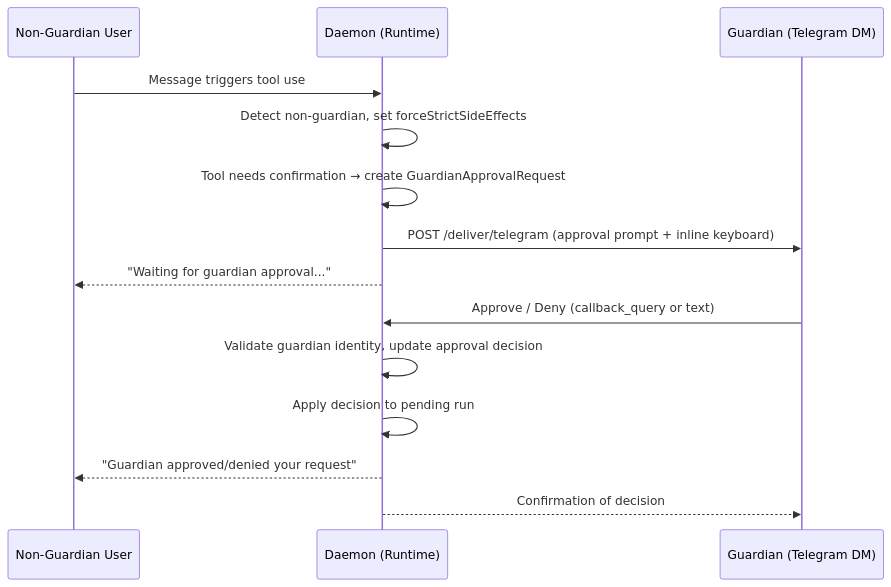
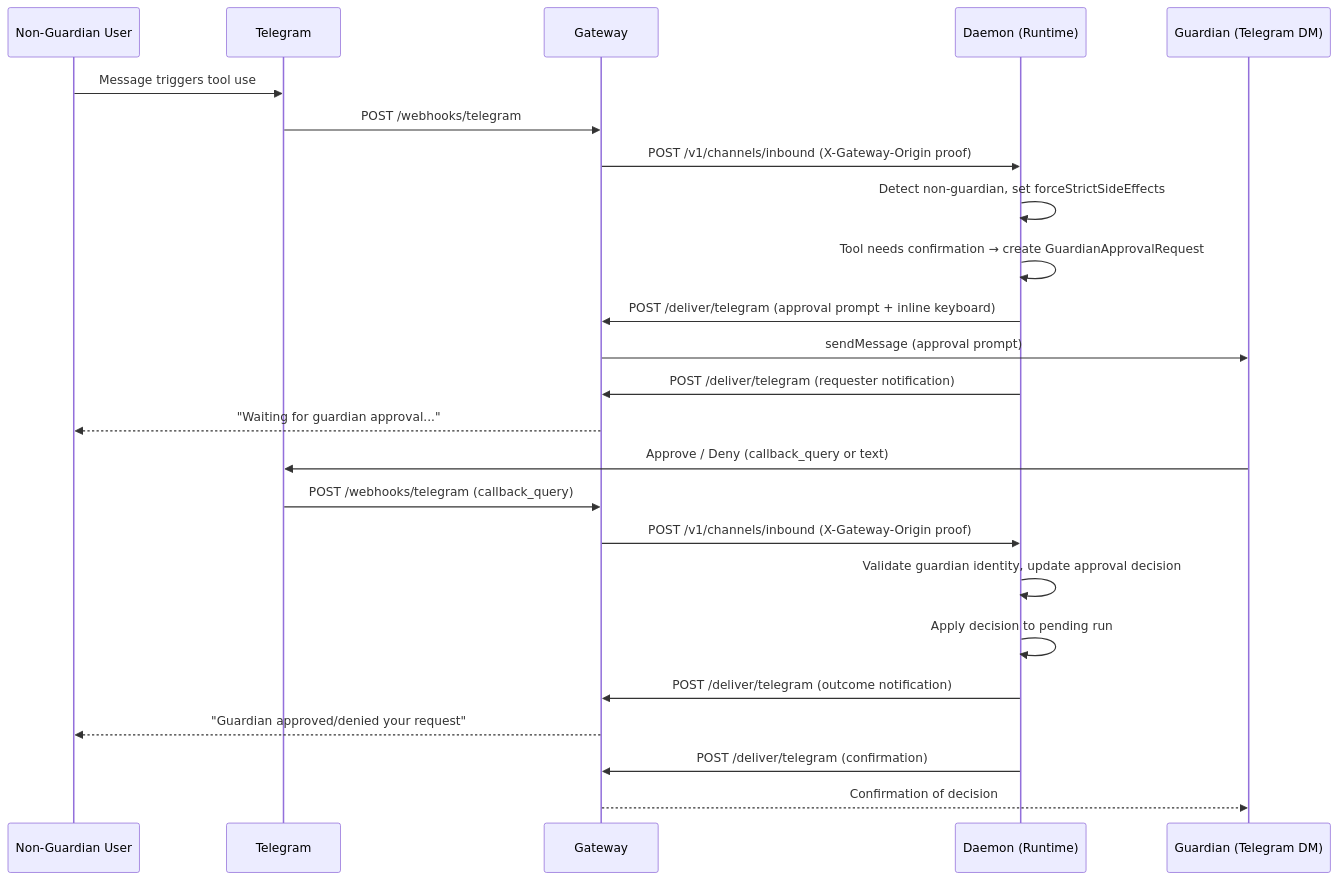
Diagram 48 of 51 in ARCHITECTURE.md (vellum-ai/vellum-assistant), drawn with Mermaid before and after one commit. The commit also changed other lines of this file and 6 other files, not shown here.

````diff
--- a/ARCHITECTURE.md
+++ b/ARCHITECTURE.md
@@ -3657,17 +3662,27 @@
 ```mermaid
 sequenceDiagram
     participant NG as Non-Guardian User
+    participant TG as Telegram
+    participant GW as Gateway
     participant Daemon as Daemon (Runtime)
     participant Guardian as Guardian (Telegram DM)
 
-    NG->>Daemon: Message triggers tool use
+    NG->>TG: Message triggers tool use
+    TG->>GW: POST /webhooks/telegram
+    GW->>Daemon: POST /v1/channels/inbound (X-Gateway-Origin proof)
     Daemon->>Daemon: Detect non-guardian, set forceStrictSideEffects
     Daemon->>Daemon: Tool needs confirmation → create GuardianApprovalRequest
-    Daemon->>Guardian: POST /deliver/telegram (approval prompt + inline keyboard)
-    Daemon-->>NG: "Waiting for guardian approval..."
-    Guardian->>Daemon: Approve / Deny (callback_query or text)
+    Daemon->>GW: POST /deliver/telegram (approval prompt + inline keyboard)
+    GW->>Guardian: sendMessage (approval prompt)
+    Daemon->>GW: POST /deliver/telegram (requester notification)
+    GW-->>NG: "Waiting for guardian approval..."
+    Guardian->>TG: Approve / Deny (callback_query or text)
+    TG->>GW: POST /webhooks/telegram (callback_query)
+    GW->>Daemon: POST /v1/channels/inbound (X-Gateway-Origin proof)
     Daemon->>Daemon: Validate guardian identity, update approval decision
     Daemon->>Daemon: Apply decision to pending run
-    Daemon-->>NG: "Guardian approved/denied your request"
-    Daemon-->>Guardian: Confirmation of decision
+    Daemon->>GW: POST /deliver/telegram (outcome notification)
+    GW-->>NG: "Guardian approved/denied your request"
+    Daemon->>GW: POST /deliver/telegram (confirmation)
+    GW-->>Guardian: Confirmation of decision
 ```
````
